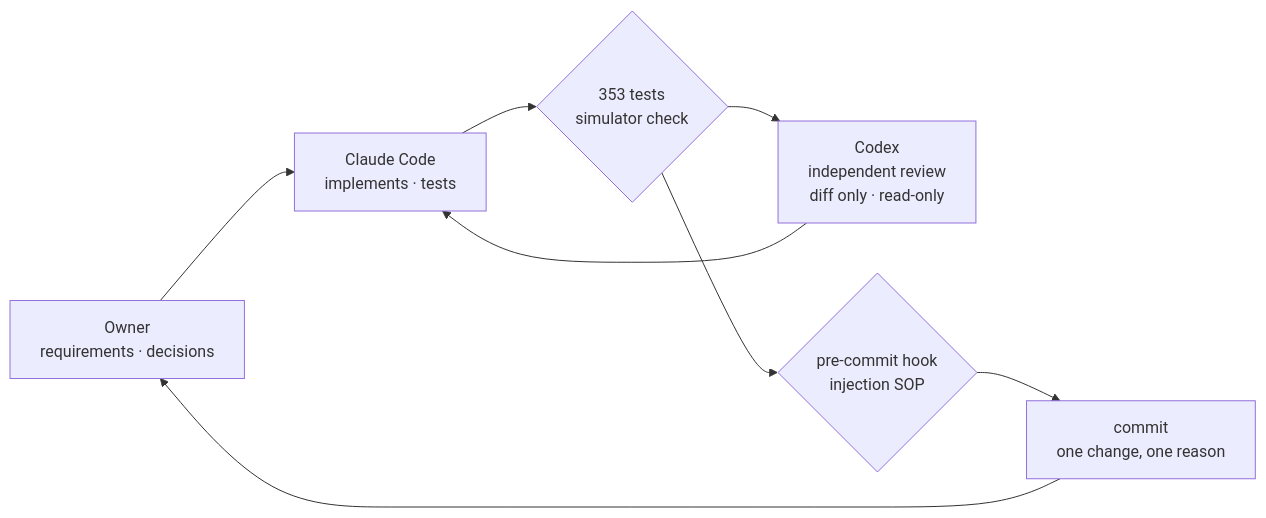
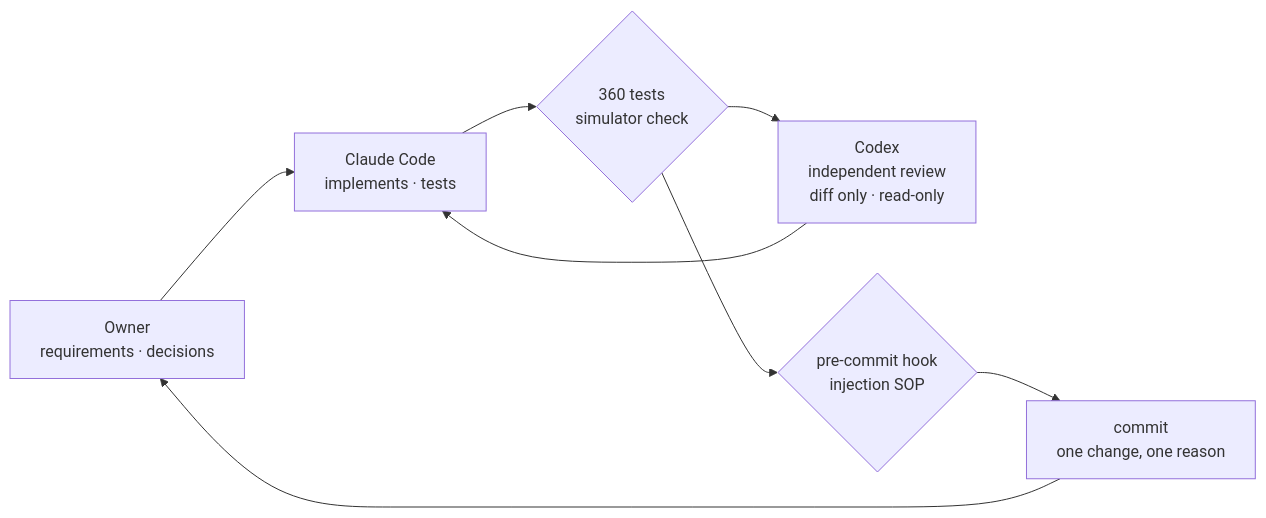
The second of 3 diagrams in README.md (BnguyenInfoSec/CoachBridge), drawn with Mermaid before and after one commit. The commit also changed other lines of this file and 17 other files, not shown here.

````diff
--- a/README.md
+++ b/README.md
@@ -172,10 +175,10 @@
 ```mermaid
 flowchart LR
     O["Owner<br/>requirements · decisions"] --> C["Claude Code<br/>implements · tests"]
-    C --> T{"353 tests<br/>simulator check"}
+    C --> T{"360 tests<br/>simulator check"}
     T --> X["Codex<br/>independent review<br/>diff only · read-only"]
     X --> C
     T --> G{"pre-commit hook<br/>injection SOP"}
     G --> M["commit<br/>one change, one reason"]
     M --> O
 ```
````
